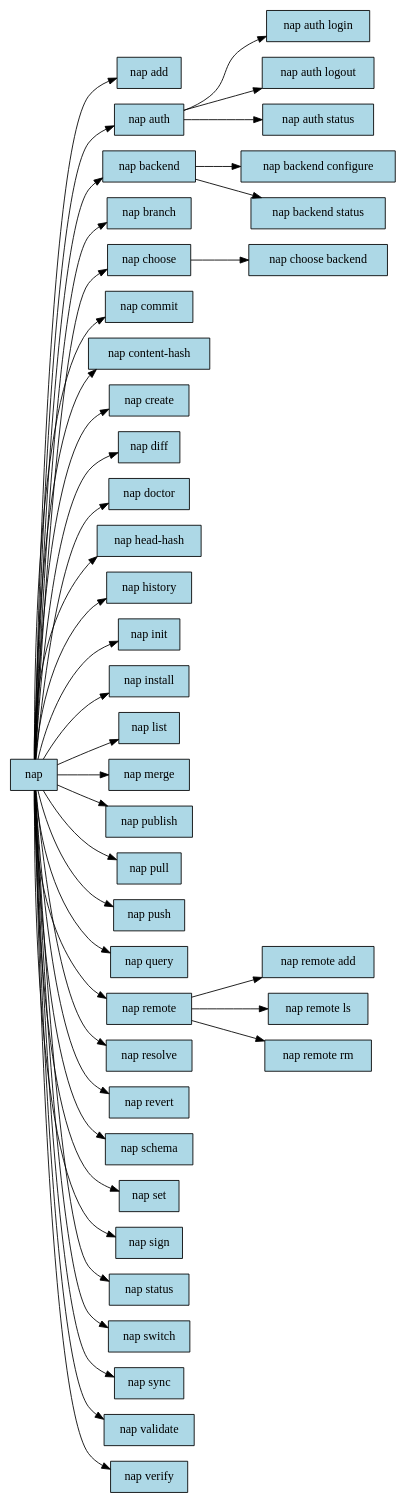
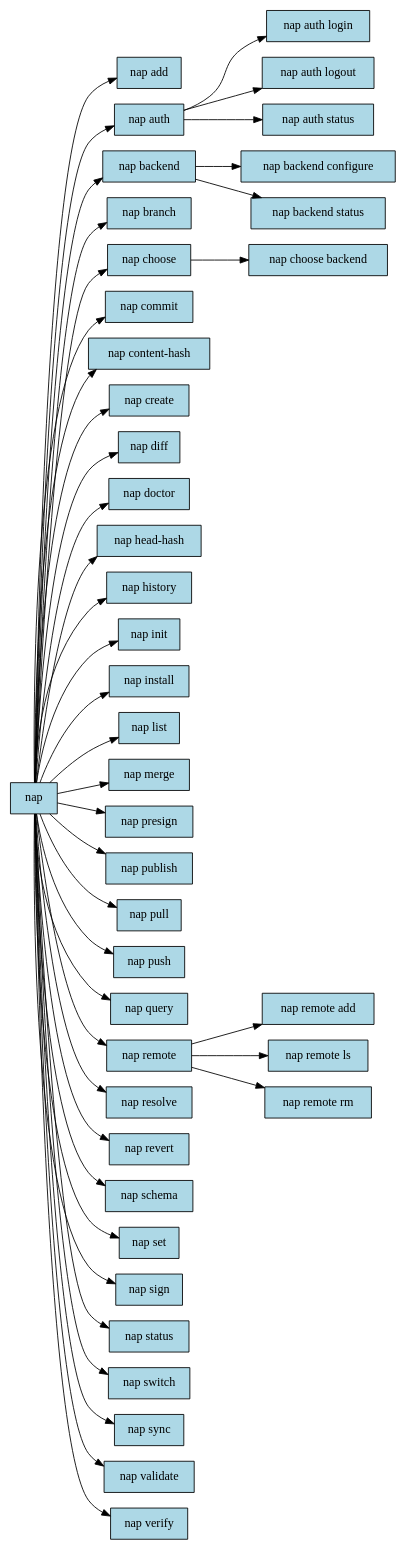
The diagram in docs/generated/commands.dot (portalshq/narrativeengine), drawn with Graphviz before and after one commit. The commit also changed 36 other files, not shown here.

```diff
--- a/docs/generated/commands.dot
+++ b/docs/generated/commands.dot
@@ -1,85 +1,87 @@
 digraph nap_commands {
     rankdir=LR;
     node [shape=box, style=filled, fillcolor=lightblue];
     
     "add" [label="nap add"];
     "nap" -> "add";
     "auth" [label="nap auth"];
     "nap" -> "auth";
     "auth_login" [label="nap auth login"];
     "auth" -> "auth_login";
     "auth_logout" [label="nap auth logout"];
     "auth" -> "auth_logout";
     "auth_status" [label="nap auth status"];
     "auth" -> "auth_status";
     "backend" [label="nap backend"];
     "nap" -> "backend";
     "backend_configure" [label="nap backend configure"];
     "backend" -> "backend_configure";
     "backend_status" [label="nap backend status"];
     "backend" -> "backend_status";
     "branch" [label="nap branch"];
     "nap" -> "branch";
     "choose" [label="nap choose"];
     "nap" -> "choose";
     "choose_backend" [label="nap choose backend"];
     "choose" -> "choose_backend";
     "commit" [label="nap commit"];
     "nap" -> "commit";
     "content-hash" [label="nap content-hash"];
     "nap" -> "content-hash";
     "create" [label="nap create"];
     "nap" -> "create";
     "diff" [label="nap diff"];
     "nap" -> "diff";
     "doctor" [label="nap doctor"];
     "nap" -> "doctor";
     "head-hash" [label="nap head-hash"];
     "nap" -> "head-hash";
     "history" [label="nap history"];
     "nap" -> "history";
     "init" [label="nap init"];
     "nap" -> "init";
     "install" [label="nap install"];
     "nap" -> "install";
     "list" [label="nap list"];
     "nap" -> "list";
     "merge" [label="nap merge"];
     "nap" -> "merge";
+    "presign" [label="nap presign"];
+    "nap" -> "presign";
     "publish" [label="nap publish"];
     "nap" -> "publish";
     "pull" [label="nap pull"];
     "nap" -> "pull";
     "push" [label="nap push"];
     "nap" -> "push";
     "query" [label="nap query"];
     "nap" -> "query";
     "remote" [label="nap remote"];
     "nap" -> "remote";
     "remote_add" [label="nap remote add"];
     "remote" -> "remote_add";
     "remote_ls" [label="nap remote ls"];
     "remote" -> "remote_ls";
     "remote_rm" [label="nap remote rm"];
     "remote" -> "remote_rm";
     "resolve" [label="nap resolve"];
     "nap" -> "resolve";
     "revert" [label="nap revert"];
     "nap" -> "revert";
     "schema" [label="nap schema"];
     "nap" -> "schema";
     "set" [label="nap set"];
     "nap" -> "set";
     "sign" [label="nap sign"];
     "nap" -> "sign";
     "status" [label="nap status"];
     "nap" -> "status";
     "switch" [label="nap switch"];
     "nap" -> "switch";
     "sync" [label="nap sync"];
     "nap" -> "sync";
     "validate" [label="nap validate"];
     "nap" -> "validate";
     "verify" [label="nap verify"];
     "nap" -> "verify";
 }
```
